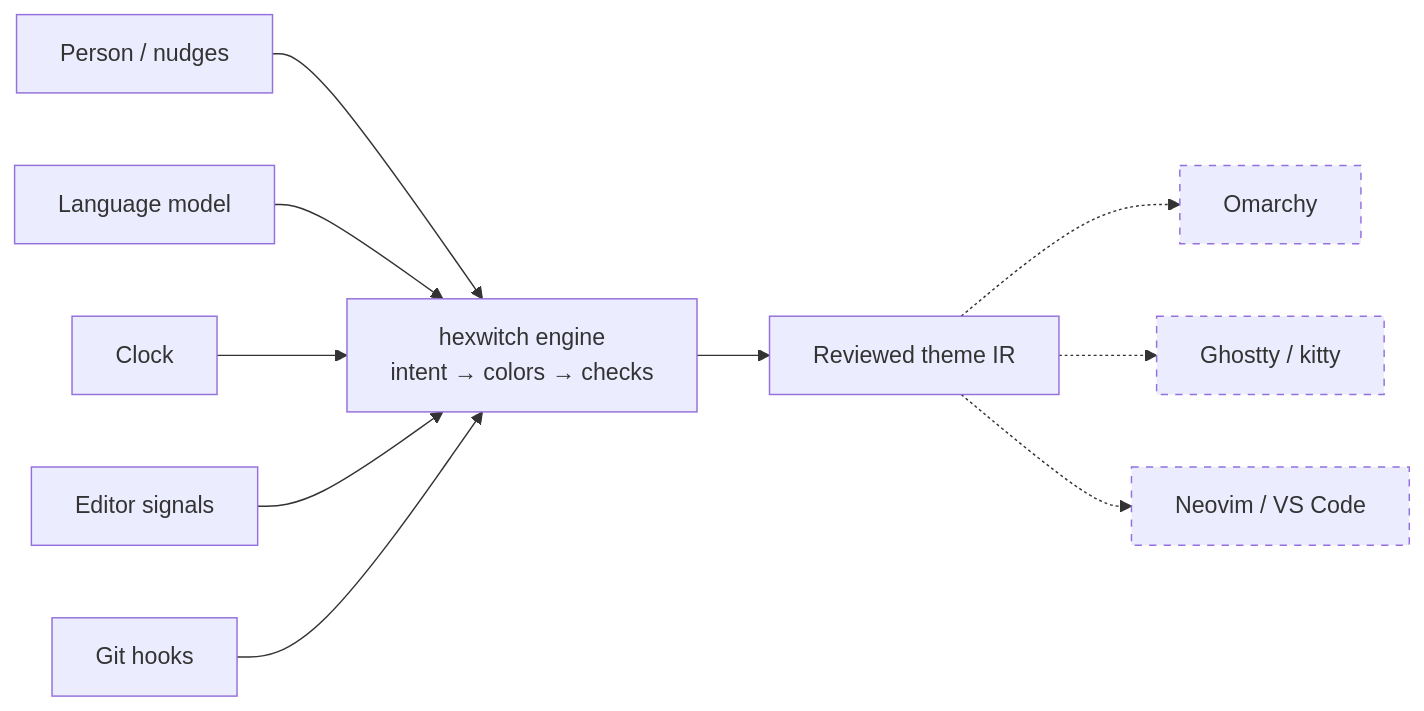
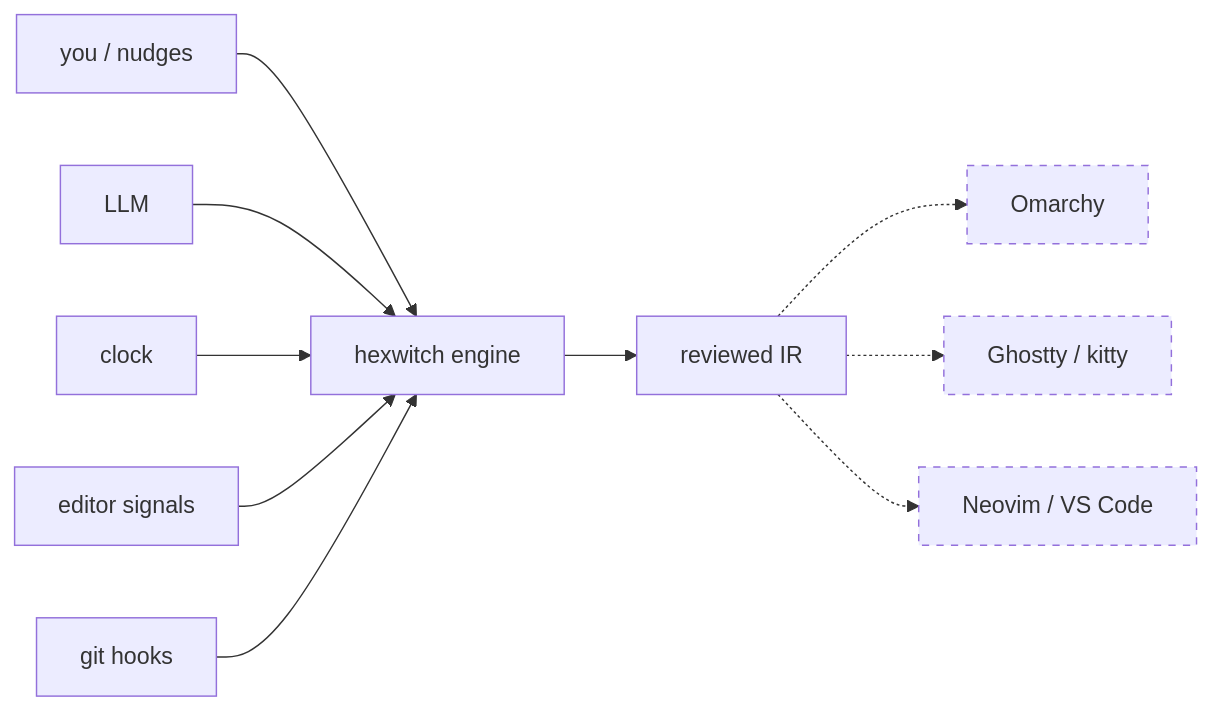
The second of 2 diagrams in README.md (parthbatra99/hexwitch.nvim), drawn with Mermaid before and after one commit. The commit also changed other lines of this file, not shown here.

First line of the commit message:
sharpen README pitch, compact flow diagram and capability comparison

````diff
--- a/README.md
+++ b/README.md
@@ -168,15 +189,14 @@
 ```mermaid
 flowchart LR
-    P["Person / nudges"] --> E
-    M["Language model"] --> E
-    T["Clock"] --> E
-    S["Editor signals"] --> E
-    G["Git hooks"] --> E
-    E["hexwitch engine<br/>intent → colors → checks"]
-    E --> R["Reviewed theme IR"]
+    P["you / nudges"] --> E
+    M["LLM"] --> E
+    T["clock"] --> E
+    S["editor signals"] --> E
+    G["git hooks"] --> E
+    E["hexwitch engine"] --> R["reviewed IR"]
     R -.-> O["Omarchy"]
     R -.-> GH["Ghostty / kitty"]
     R -.-> NV["Neovim / VS Code"]
     classDef planned stroke-dasharray: 5 5
     class O,GH,NV planned
 ```
````
